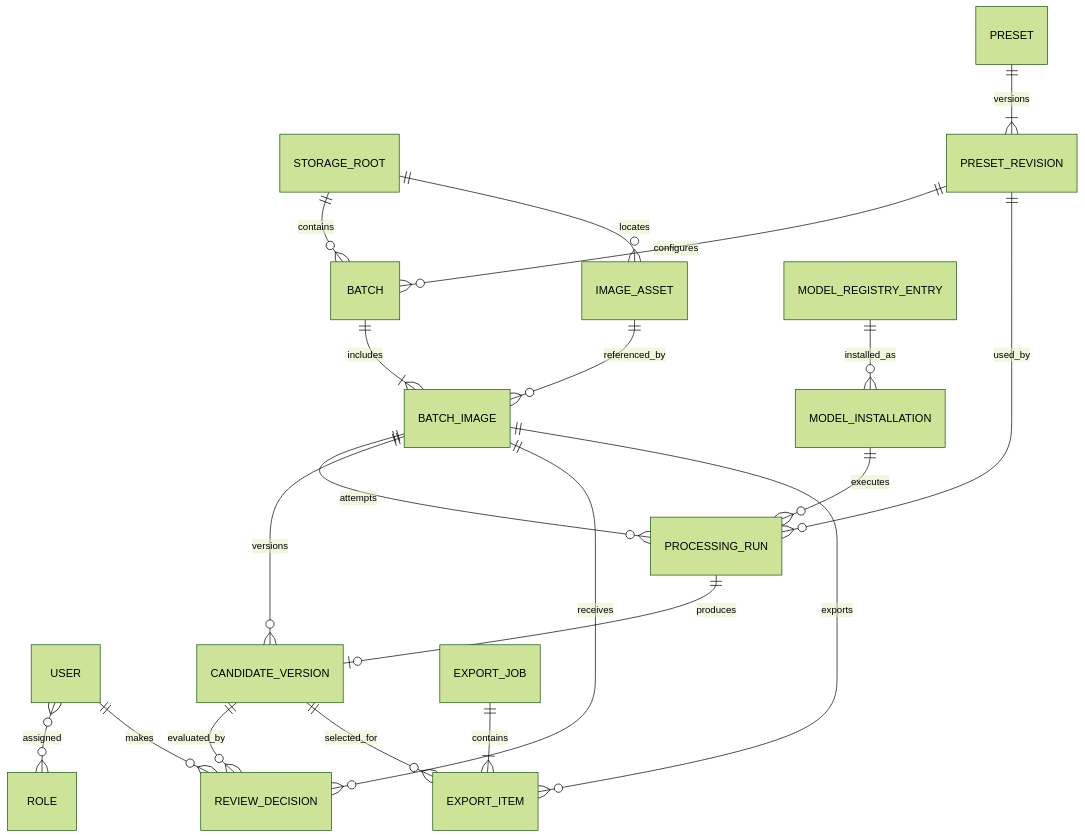
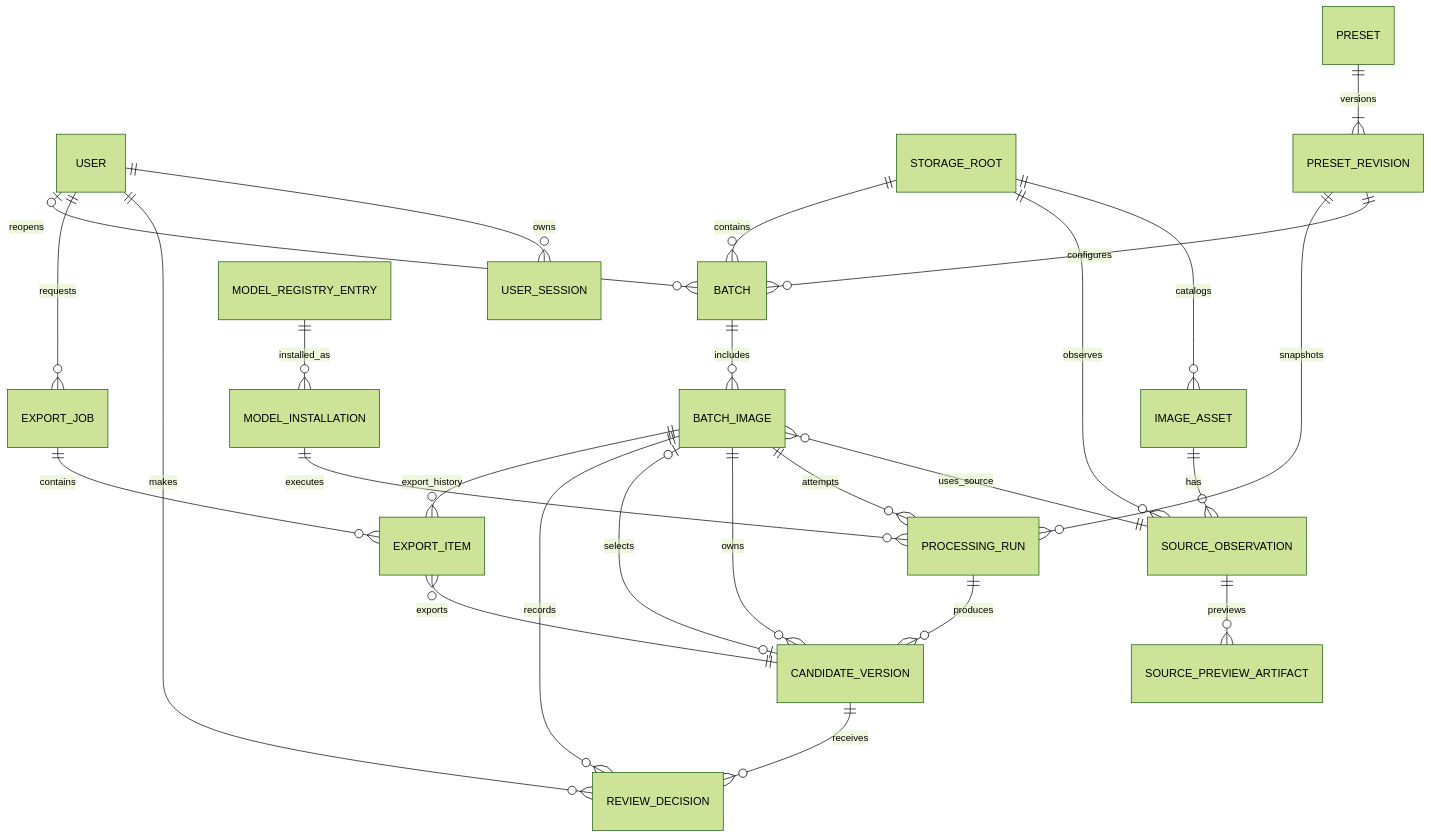
The diagram in docs/diagrams/entity-relationship.md (mohammadhasan-tayef/ghateh-iran-image-processor), drawn with Mermaid (forest theme) before and after one commit. The commit also changed other lines of this file and 27 other files, not shown here.

First line of the commit message:
docs: correct sprint 0 architecture inconsistencies (#1)

````diff
--- a/docs/diagrams/entity-relationship.md
+++ b/docs/diagrams/entity-relationship.md
@@ -5,22 +5,28 @@
 ```mermaid
 erDiagram
-    USER }o--o{ ROLE : assigned
+    USER ||--o{ USER_SESSION : owns
     USER ||--o{ REVIEW_DECISION : makes
+    USER ||--o{ EXPORT_JOB : requests
+    USER |o--o{ BATCH : reopens
+    STORAGE_ROOT ||--o{ IMAGE_ASSET : catalogs
+    STORAGE_ROOT ||--o{ SOURCE_OBSERVATION : observes
     STORAGE_ROOT ||--o{ BATCH : contains
-    STORAGE_ROOT ||--o{ IMAGE_ASSET : locates
+    IMAGE_ASSET ||--o{ SOURCE_OBSERVATION : has
+    SOURCE_OBSERVATION ||--o{ SOURCE_PREVIEW_ARTIFACT : previews
     PRESET ||--|{ PRESET_REVISION : versions
     PRESET_REVISION ||--o{ BATCH : configures
-    BATCH ||--|{ BATCH_IMAGE : includes
-    IMAGE_ASSET ||--o{ BATCH_IMAGE : referenced_by
+    BATCH ||--o{ BATCH_IMAGE : includes
+    BATCH_IMAGE }o--|| SOURCE_OBSERVATION : uses_source
     BATCH_IMAGE ||--o{ PROCESSING_RUN : attempts
-    PROCESSING_RUN ||--o| CANDIDATE_VERSION : produces
-    PRESET_REVISION ||--o{ PROCESSING_RUN : used_by
+    PROCESSING_RUN ||--o{ CANDIDATE_VERSION : produces
+    PRESET_REVISION ||--o{ PROCESSING_RUN : snapshots
     MODEL_REGISTRY_ENTRY ||--o{ MODEL_INSTALLATION : installed_as
     MODEL_INSTALLATION ||--o{ PROCESSING_RUN : executes
-    BATCH_IMAGE ||--o{ CANDIDATE_VERSION : versions
-    BATCH_IMAGE ||--o{ REVIEW_DECISION : receives
-    CANDIDATE_VERSION ||--o{ REVIEW_DECISION : evaluated_by
-    EXPORT_JOB ||--|{ EXPORT_ITEM : contains
-    BATCH_IMAGE ||--o{ EXPORT_ITEM : exports
-    CANDIDATE_VERSION ||--o{ EXPORT_ITEM : selected_for
+    BATCH_IMAGE ||--o{ CANDIDATE_VERSION : owns
+    BATCH_IMAGE |o--o| CANDIDATE_VERSION : selects
+    BATCH_IMAGE ||--o{ REVIEW_DECISION : records
+    CANDIDATE_VERSION ||--o{ REVIEW_DECISION : receives
+    EXPORT_JOB ||--o{ EXPORT_ITEM : contains
+    BATCH_IMAGE ||--o{ EXPORT_ITEM : export_history
+    EXPORT_ITEM }o--|| CANDIDATE_VERSION : exports
 ```
````
